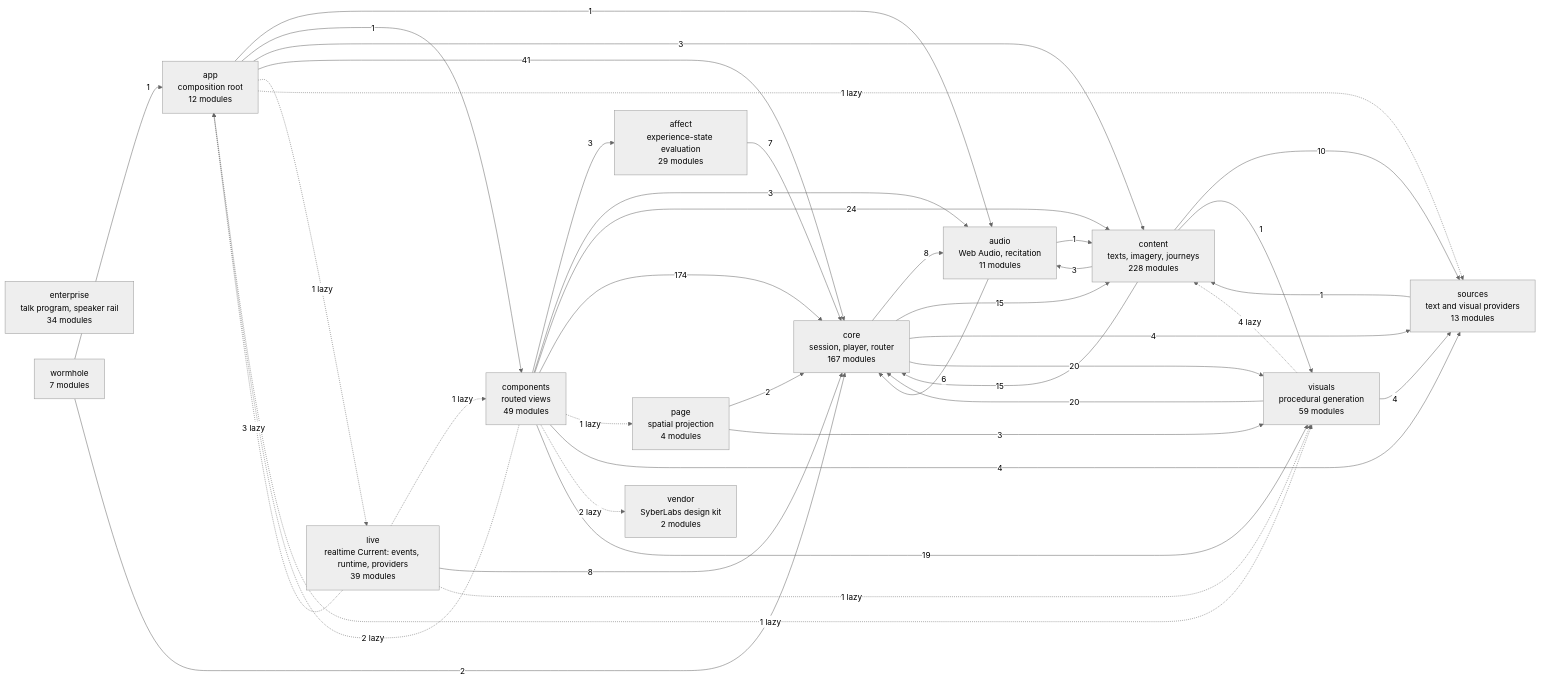
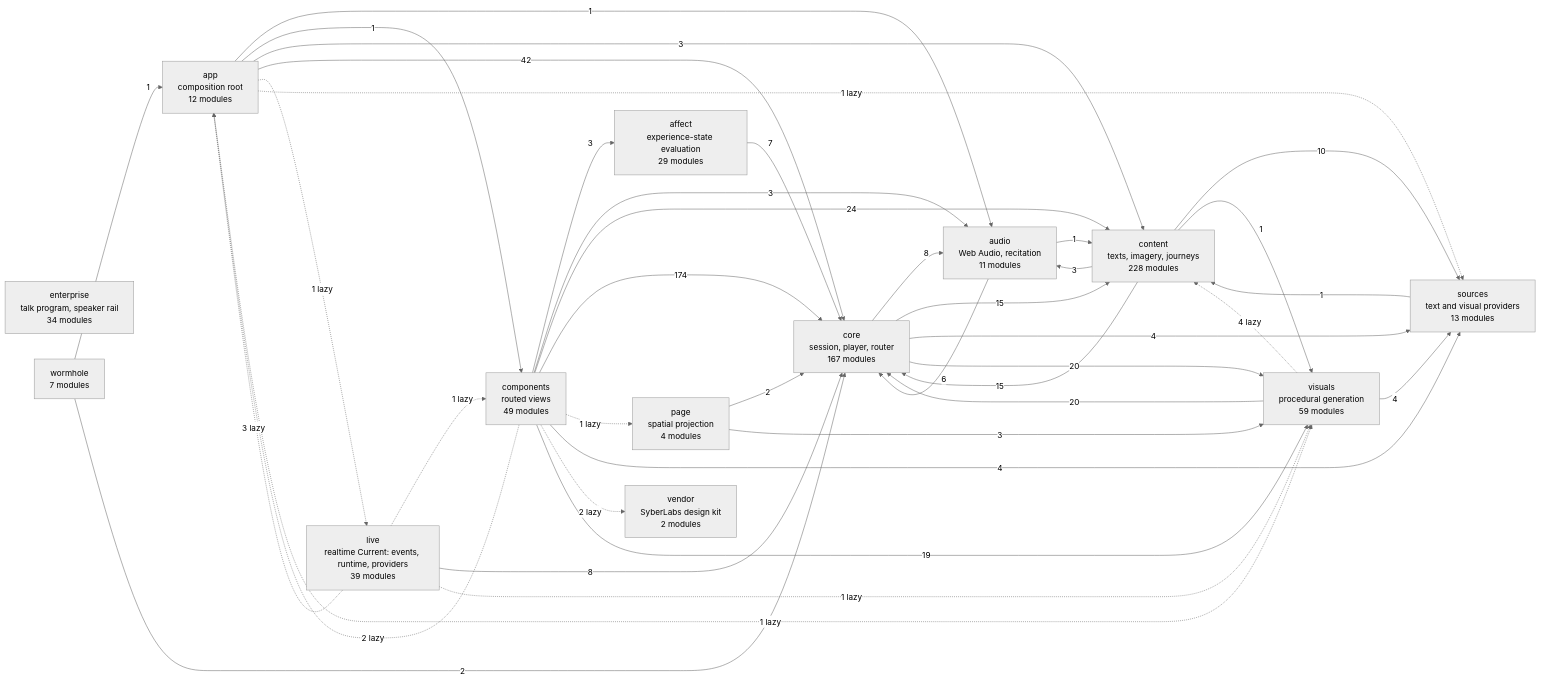
The diagram in docs/specs/ARCHITECTURE.md (SyberLabs/RISE), drawn with Mermaid (neutral theme) before and after one commit. The commit also changed 3 other files, not shown here.

````diff
--- a/docs/specs/ARCHITECTURE.md
+++ b/docs/specs/ARCHITECTURE.md
@@ -160,56 +160,56 @@
 ```mermaid
 flowchart LR
     affect["affect<br/>experience-state evaluation<br/>29 modules"]
     app["app<br/>composition root<br/>12 modules"]
     audio["audio<br/>Web Audio, recitation<br/>11 modules"]
     components["components<br/>routed views<br/>49 modules"]
     content["content<br/>texts, imagery, journeys<br/>228 modules"]
     core["core<br/>session, player, router<br/>167 modules"]
     enterprise["enterprise<br/>talk program, speaker rail<br/>34 modules"]
     live["live<br/>realtime Current: events, runtime, providers<br/>39 modules"]
     page["page<br/>spatial projection<br/>4 modules"]
     sources["sources<br/>text and visual providers<br/>13 modules"]
     vendor["vendor<br/>SyberLabs design kit<br/>2 modules"]
     visuals["visuals<br/>procedural generation<br/>59 modules"]
     wormhole["wormhole<br/>7 modules"]
 
     affect --> |7| core
     app --> |1| audio
     app --> |1| components
     app --> |3| content
-    app --> |41| core
+    app --> |42| core
     app -.-> |1 lazy| live
     app -.-> |1 lazy| sources
     app -.-> |1 lazy| visuals
     audio --> |1| content
     audio --> |6| core
     components --> |3| affect
     components -.-> |2 lazy| app
     components --> |3| audio
     components --> |24| content
     components --> |174| core
     components -.-> |1 lazy| page
     components --> |4| sources
     components -.-> |2 lazy| vendor
     components --> |19| visuals
     content --> |3| audio
     content --> |15| core
     content --> |10| sources
     content --> |1| visuals
     core --> |8| audio
     core --> |15| content
     core --> |4| sources
     core --> |20| visuals
     live -.-> |3 lazy| app
     live -.-> |1 lazy| components
     live --> |8| core
     live -.-> |1 lazy| visuals
     page --> |2| core
     page --> |3| visuals
     sources --> |1| content
     visuals -.-> |4 lazy| content
     visuals --> |20| core
     visuals --> |4| sources
     wormhole --> |1| app
     wormhole --> |2| core
 ```
````
